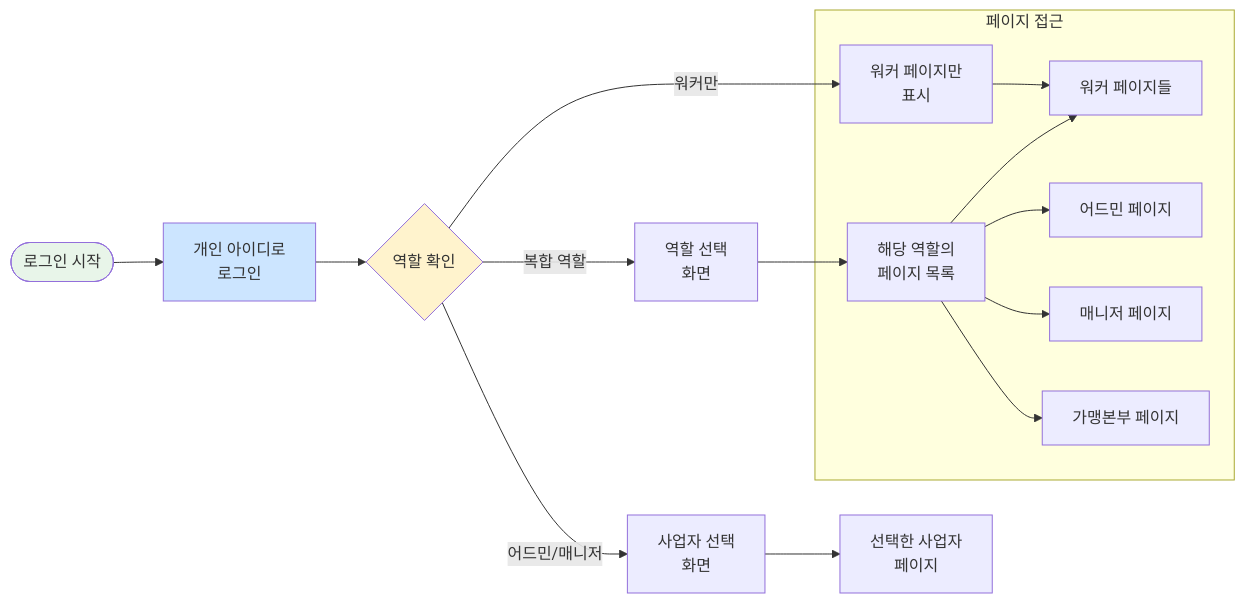
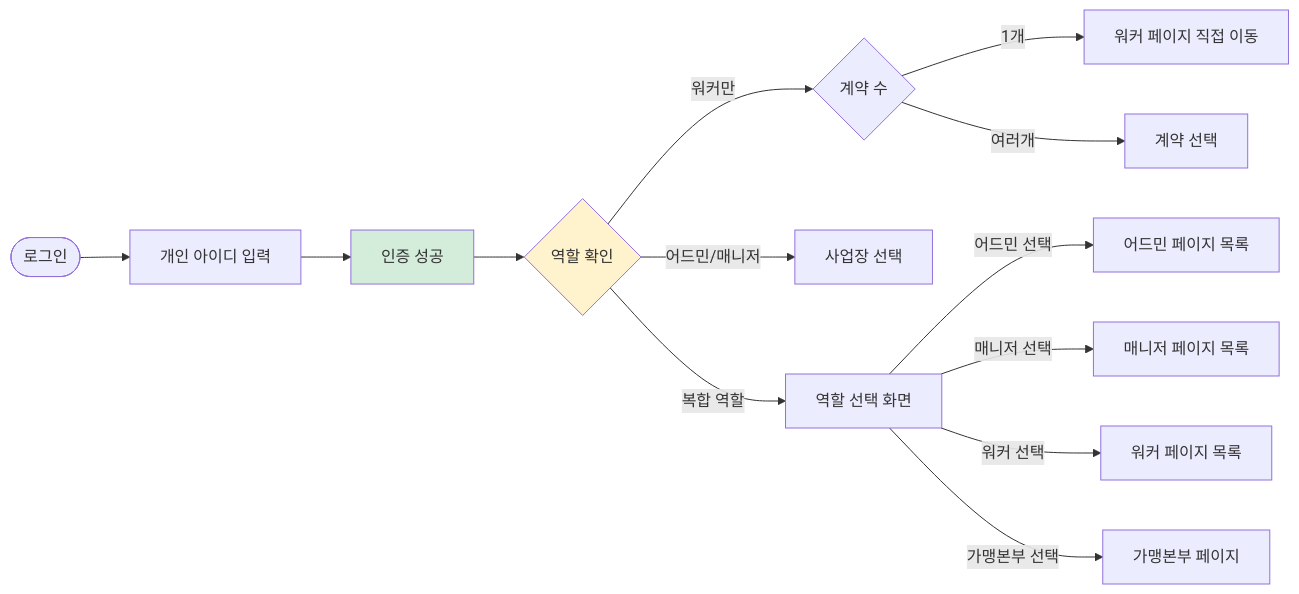
One commit to crazybass81/DOT changed the fifth of 8 diagrams in services/attendance/user-permission-diagram.md. Above: the diagram before and after it, drawn with Mermaid. The commit also changed other lines of this file, not shown here.

````diff
--- a/services/attendance/user-permission-diagram.md
+++ b/services/attendance/user-permission-diagram.md
@@ -191,28 +254,25 @@
 ```mermaid
 flowchart LR
-    Start([로그인 시작])
-    Login[개인 아이디로<br/>로그인]
-    CheckRole{역할 확인}
+    Start([로그인])
+    Login[개인 아이디 입력]
+    Auth[인증 성공]
     
-    Start --> Login
-    Login --> CheckRole
+    Start --> Login --> Auth
     
-    CheckRole -->|워커만| WorkerOnly[워커 페이지만<br/>표시]
-    CheckRole -->|어드민/매니저| BizSelect[사업자 선택<br/>화면]
-    CheckRole -->|복합 역할| RoleSelect[역할 선택<br/>화면]
+    Auth --> CheckRole{역할 확인}
     
-    RoleSelect --> PageList[해당 역할의<br/>페이지 목록]
-    BizSelect --> BizPage[선택한 사업자<br/>페이지]
+    CheckRole -->|워커만| SingleWorker{계약 수}
+    CheckRole -->|어드민/매니저| BizSelect[사업장 선택]
+    CheckRole -->|복합 역할| MultiRole[역할 선택 화면]
     
-    subgraph "페이지 접근"
-        WorkerOnly --> WP[워커 페이지들]
-        PageList --> AP[어드민 페이지]
-        PageList --> MP[매니저 페이지]
-        PageList --> FP[가맹본부 페이지]
-        PageList --> WP
-    end
+    SingleWorker -->|1개| DirectWorker[워커 페이지 직접 이동]
+    SingleWorker -->|여러개| SelectContract[계약 선택]
     
-    style Start fill:#e8f5e9
-    style Login fill:#cce5ff
+    MultiRole -->|어드민 선택| AdminPages[어드민 페이지 목록]
+    MultiRole -->|매니저 선택| ManagerPages[매니저 페이지 목록]
+    MultiRole -->|워커 선택| WorkerPages[워커 페이지 목록]
+    MultiRole -->|가맹본부 선택| FranchiseMain[가맹본부 페이지]
+    
+    style Auth fill:#d4edda
     style CheckRole fill:#fff3cd
 ```
````
